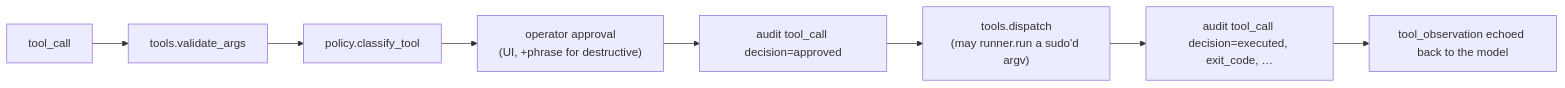
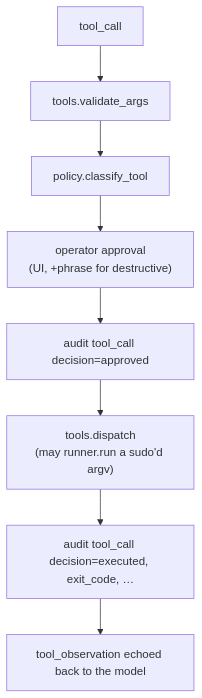
One commit to japer-technology/ubuntu-zombie changed the third of 4 diagrams in docs/research/ARCHITECTURE-IDEA.md. Above: the diagram before and after it, drawn with Mermaid. The commit also changed 8 other files, not shown here.

Commit message:
Convert all doc diagrams to vertical mermaid flowcharts

````diff
--- a/docs/research/ARCHITECTURE-IDEA.md
+++ b/docs/research/ARCHITECTURE-IDEA.md
@@ -579,10 +579,10 @@
 ```mermaid
-flowchart LR
+flowchart TD
     A["tool_call"] --> B["tools.validate_args"]
     B --> C["policy.classify_tool"]
     C --> D["operator approval<br/>(UI, +phrase for destructive)"]
     D --> E["audit tool_call decision=approved"]
     E --> F["tools.dispatch<br/>(may runner.run a sudo'd argv)"]
     F --> G["audit tool_call decision=executed, exit_code, …"]
     G --> H["tool_observation echoed back to the model"]
 ```
````
